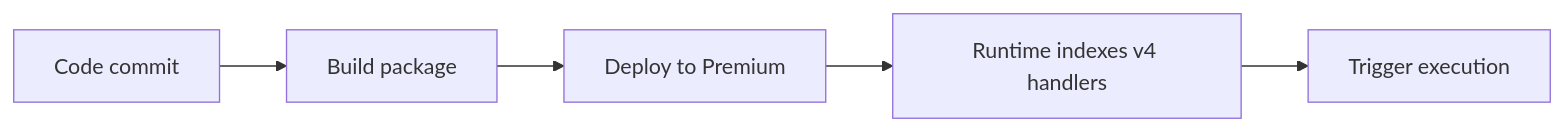
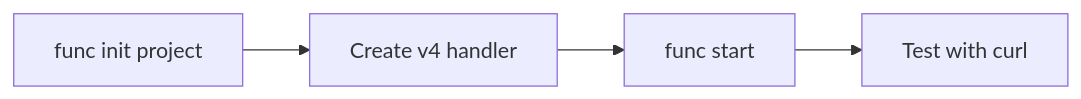
One commit to yeongseon/azure-functions-practical-guide changed the diagram in docs/language-guides/nodejs/tutorial/premium/01-local-run.md. Above: the diagram before and after it, drawn with Mermaid. The commit also changed other lines of this file and 217 other files, not shown here.

````diff
--- a/docs/language-guides/nodejs/tutorial/premium/01-local-run.md
+++ b/docs/language-guides/nodejs/tutorial/premium/01-local-run.md
@@ -18,7 +23,6 @@
 ```mermaid
 flowchart LR
-    A[Code commit] --> B[Build package]
-    B --> C[Deploy to Premium]
-    C --> D[Runtime indexes v4 handlers]
-    D --> E[Trigger execution]
+    A[func init project] --> B[Create v4 handler]
+    B --> C[func start]
+    C --> D[Test with curl]
 ```
````
